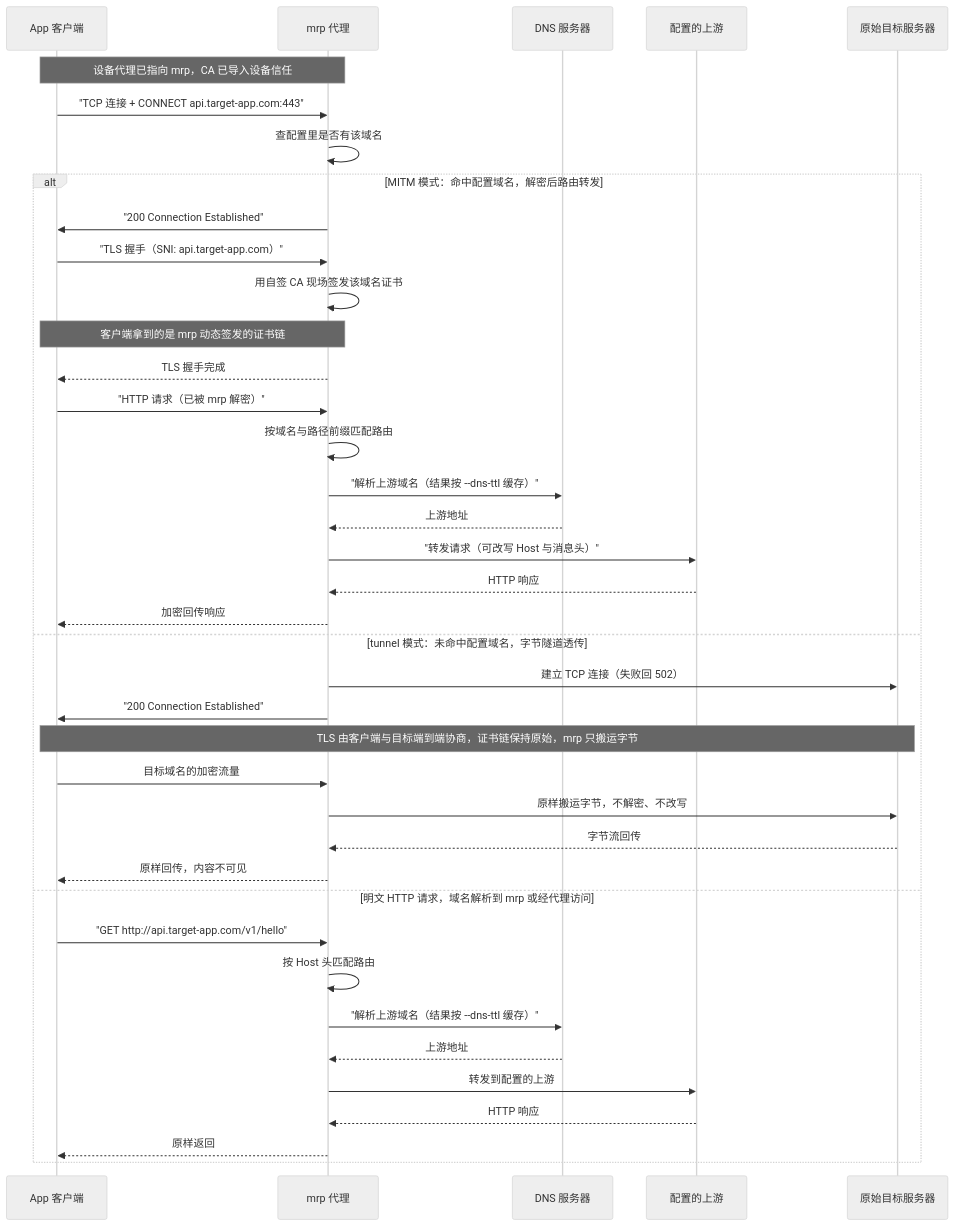
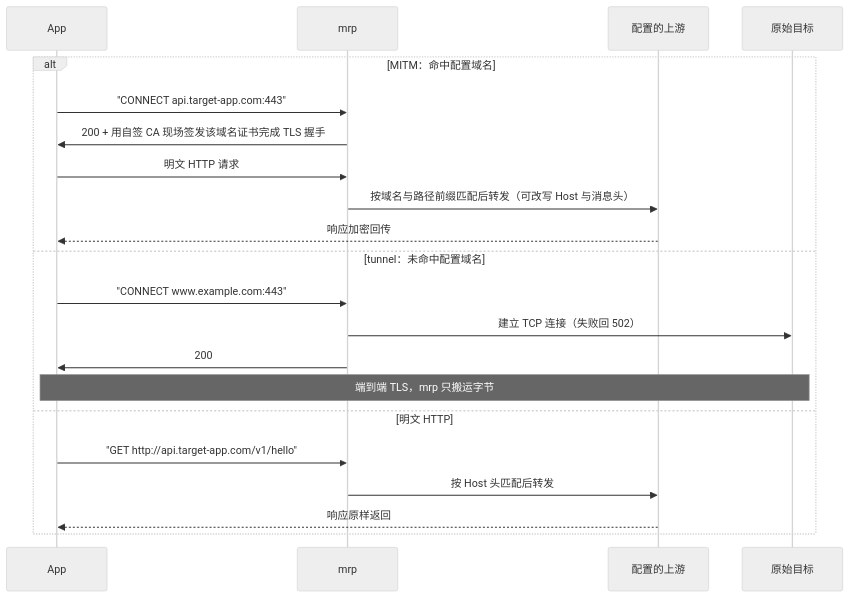
Before and after one commit to isunk/MyReverseProxy: the diagram in README.md, drawn with Mermaid (neutral theme). The commit also changed other lines of this file and 9 other files, not shown here.

````diff
--- a/README.md
+++ b/README.md
@@ -25,46 +23,24 @@
 ```mermaid
 sequenceDiagram
-    participant App as App 客户端
-    participant mrp as mrp 代理
-    participant DNS as DNS 服务器
+    participant App as App
+    participant mrp as mrp
     participant Up as 配置的上游
-    participant Tgt as 原始目标服务器
+    participant Tgt as 原始目标
 
-    Note over App,mrp: 设备代理已指向 mrp，CA 已导入设备信任
-
-    App->>mrp: "TCP 连接 + CONNECT api.target-app.com:443"
-    mrp->>mrp: 查配置里是否有该域名
-
-    alt MITM 模式：命中配置域名，解密后路由转发
-        mrp->>App: "200 Connection Established"
-        App->>mrp: "TLS 握手（SNI: api.target-app.com）"
-        mrp->>mrp: 用自签 CA 现场签发该域名证书
-        Note over App,mrp: 客户端拿到的是 mrp 动态签发的证书链
-        mrp-->>App: TLS 握手完成
-        App->>mrp: "HTTP 请求（已被 mrp 解密）"
-        mrp->>mrp: 按域名与路径前缀匹配路由
-        mrp->>DNS: "解析上游域名（结果按 --dns-ttl 缓存）"
-        DNS-->>mrp: 上游地址
-        mrp->>Up: "转发请求（可改写 Host 与消息头）"
-        Up-->>mrp: HTTP 响应
-        mrp-->>App: 加密回传响应
-
-    else tunnel 模式：未命中配置域名，字节隧道透传
+    alt MITM：命中配置域名
+        App->>mrp: "CONNECT api.target-app.com:443"
+        mrp->>App: 200 + 用自签 CA 现场签发该域名证书完成 TLS 握手
+        App->>mrp: 明文 HTTP 请求
+        mrp->>Up: 按域名与路径前缀匹配后转发（可改写 Host 与消息头）
+        Up-->>App: 响应加密回传
+    else tunnel：未命中配置域名
+        App->>mrp: "CONNECT www.example.com:443"
         mrp->>Tgt: 建立 TCP 连接（失败回 502）
-        mrp->>App: "200 Connection Established"
-        Note over App,Tgt: TLS 由客户端与目标端到端协商，证书链保持原始，mrp 只搬运字节
-        App->>mrp: 目标域名的加密流量
-        mrp->>Tgt: 原样搬运字节，不解密、不改写
-        Tgt-->>mrp: 字节流回传
-        mrp-->>App: 原样回传，内容不可见
-
-    else 明文 HTTP 请求，域名解析到 mrp 或经代理访问
+        mrp->>App: 200
+        Note over App,Tgt: 端到端 TLS，mrp 只搬运字节
+    else 明文 HTTP
         App->>mrp: "GET http://api.target-app.com/v1/hello"
-        mrp->>mrp: 按 Host 头匹配路由
-        mrp->>DNS: "解析上游域名（结果按 --dns-ttl 缓存）"
-        DNS-->>mrp: 上游地址
-        mrp->>Up: 转发到配置的上游
-        Up-->>mrp: HTTP 响应
-        mrp-->>App: 原样返回
+        mrp->>Up: 按 Host 头匹配后转发
+        Up-->>App: 响应原样返回
     end
 ```
````
